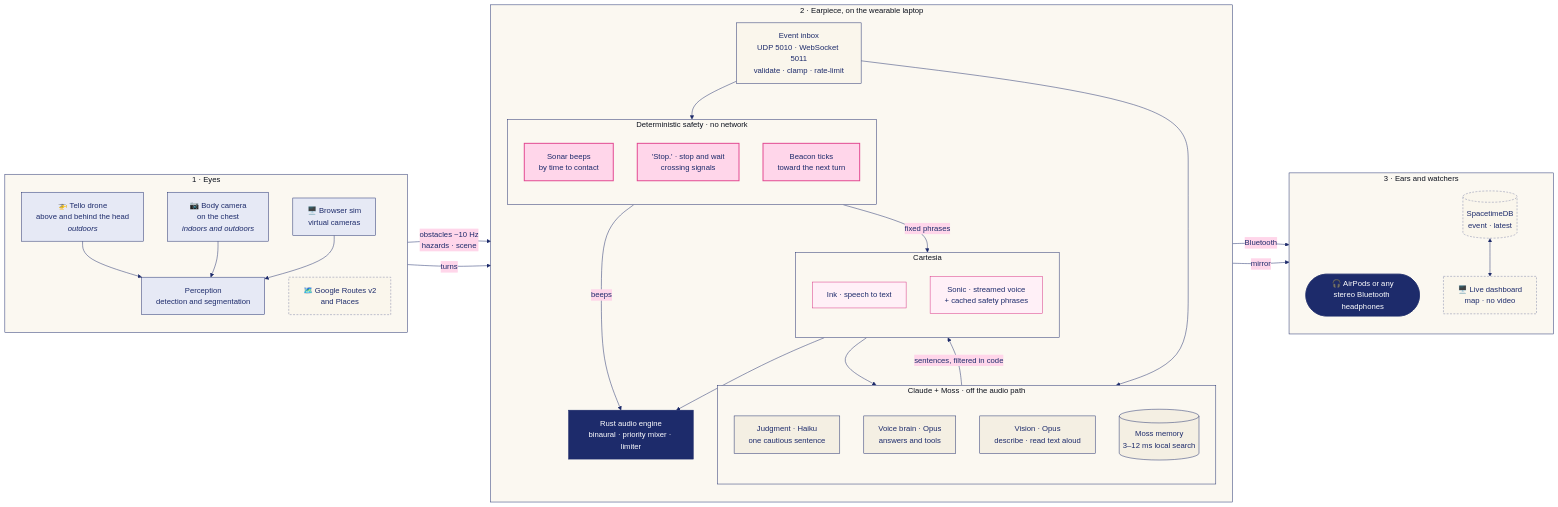
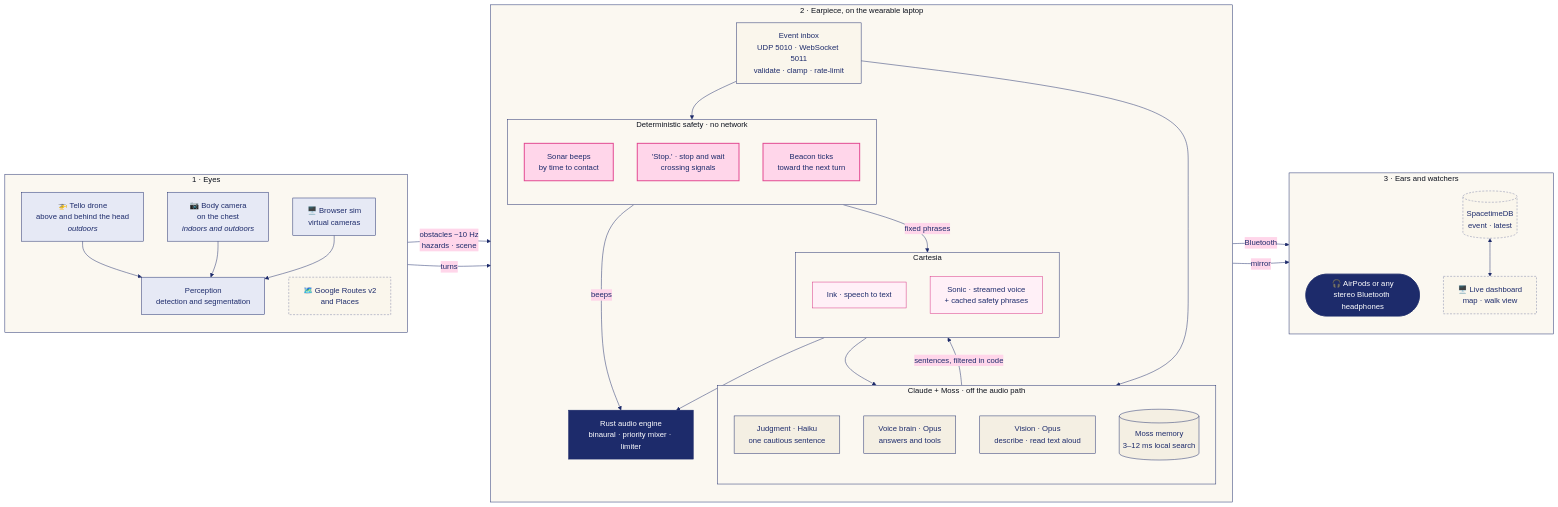
One commit to KingArthur207/kite changed the first of 4 diagrams in README.md. Above: the diagram before and after it, drawn with Mermaid. The commit also changed other lines of this file and 8 other files, not shown here.

````diff
--- a/README.md
+++ b/README.md
@@ -103,66 +103,66 @@
 ```mermaid
 %%{init: {'theme':'base','themeVariables':{'primaryColor':'#FAF6EC','primaryTextColor':'#1D2B6B','primaryBorderColor':'#1D2B6B','lineColor':'#1D2B6B','secondaryColor':'#FFD6EA','tertiaryColor':'#F4EFE3','clusterBkg':'#FBF8F1','clusterBorder':'#1D2B6B','edgeLabelBackground':'#FFD6EA','actorBkg':'#FAF6EC','actorBorder':'#1D2B6B','actorTextColor':'#1D2B6B','signalColor':'#1D2B6B','signalTextColor':'#1D2B6B','noteBkgColor':'#FFD6EA','noteBorderColor':'#E2448F','noteTextColor':'#1D2B6B','labelBoxBkgColor':'#FFD6EA','labelBoxBorderColor':'#E2448F','sequenceNumberColor':'#FFFFFF','activationBkgColor':'#FFD6EA'}}}%%
 flowchart LR
   classDef eye fill:#E6E9F5,stroke:#1D2B6B,color:#1D2B6B
   classDef safe fill:#FFD6EA,stroke:#E2448F,color:#1D2B6B,stroke-width:2px
   classDef ai fill:#F4EFE3,stroke:#1D2B6B,color:#1D2B6B
   classDef voice fill:#FFF0F7,stroke:#D62F82,color:#1D2B6B
   classDef out fill:#1D2B6B,stroke:#1D2B6B,color:#FFFFFF
   classDef ext fill:#FAF6EC,stroke:#7D84A6,color:#1D2B6B,stroke-dasharray:4 3
 
   subgraph EYES["1 · Eyes"]
     direction TB
     drone["🚁 Tello drone<br/>above and behind the head<br/><i>outdoors</i>"]:::eye
     chest["📷 Body camera<br/>on the chest<br/><i>indoors and outdoors</i>"]:::eye
     simcam["🖥️ Browser sim<br/>virtual cameras"]:::eye
     perception["Perception<br/>detection and segmentation"]:::eye
     maps["🗺️ Google Routes v2<br/>and Places"]:::ext
     drone --> perception
     chest --> perception
     simcam --> perception
   end
 
   subgraph EAR["2 · Earpiece, on the wearable laptop"]
     direction TB
     inbox["Event inbox<br/>UDP 5010 · WebSocket 5011<br/>validate · clamp · rate-limit"]
     subgraph SAFETY["Deterministic safety · no network"]
       direction TB
       sonar["Sonar beeps<br/>by time to contact"]:::safe
       stop["'Stop.' · stop and wait<br/>crossing signals"]:::safe
       beacon["Beacon ticks<br/>toward the next turn"]:::safe
     end
     subgraph CLAUDE["Claude + Moss · off the audio path"]
       direction TB
       judgment["Judgment · Haiku<br/>one cautious sentence"]:::ai
       brain["Voice brain · Opus<br/>answers and tools"]:::ai
       vision["Vision · Opus<br/>describe · read text aloud"]:::ai
       moss[("Moss memory<br/>3–12 ms local search")]:::ai
     end
     subgraph VOICE["Cartesia"]
       direction TB
       stt["Ink · speech to text"]:::voice
       tts["Sonic · streamed voice<br/>+ cached safety phrases"]:::voice
     end
     mixer["Rust audio engine<br/>binaural · priority mixer · limiter"]:::out
     inbox --> SAFETY
     inbox --> CLAUDE
     stt --> CLAUDE
     SAFETY -- "beeps" --> mixer
     SAFETY -- "fixed phrases" --> tts
     CLAUDE -- "sentences, filtered in code" --> tts
     tts --> mixer
   end
 
   subgraph OUT["3 · Ears and watchers"]
     direction TB
     airpods(["🎧 AirPods or any<br/>stereo Bluetooth headphones"]):::out
     stdb[("SpacetimeDB<br/>event · latest")]:::ext
-    dash["🖥️ Live dashboard<br/>map · no video"]:::ext
+    dash["🖥️ Live dashboard<br/>map · walk view"]:::ext
     stdb <--> dash
   end
 
   perception -- "obstacles ~10 Hz<br/>hazards · scene" --> inbox
   maps -- "turns" --> inbox
   mixer -- "Bluetooth" --> airpods
   inbox -- "mirror" --> stdb
 ```
````
